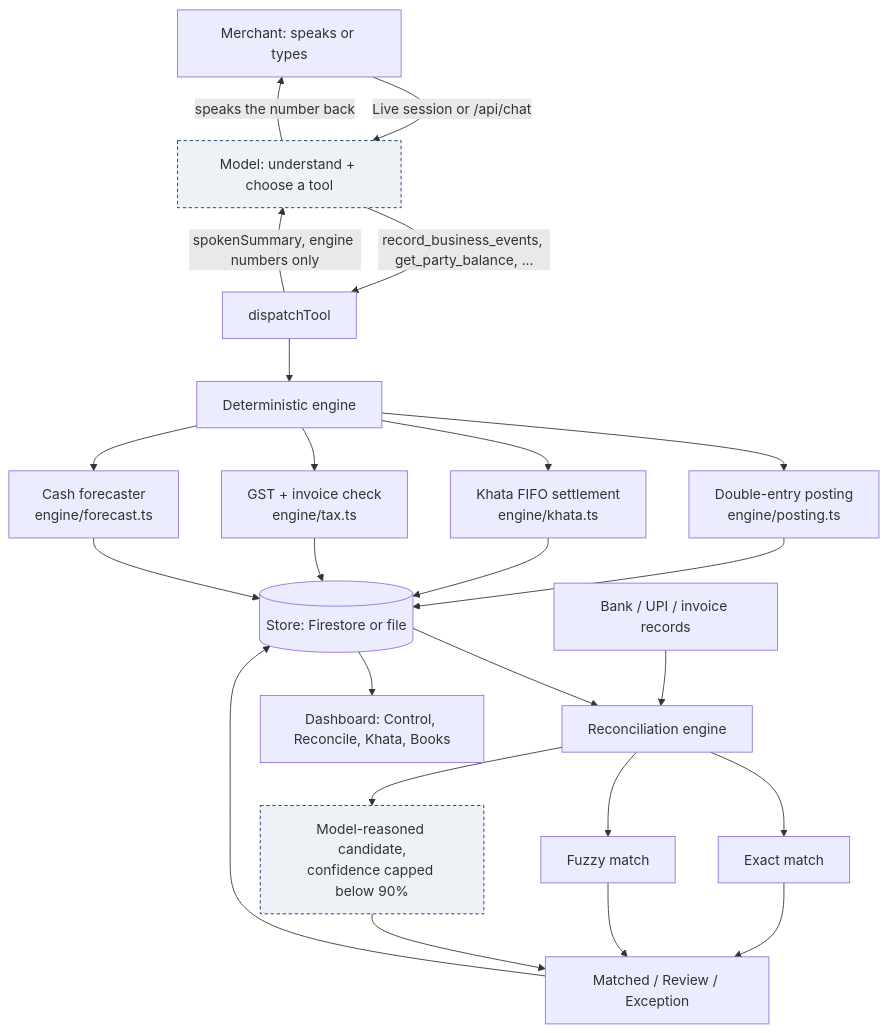
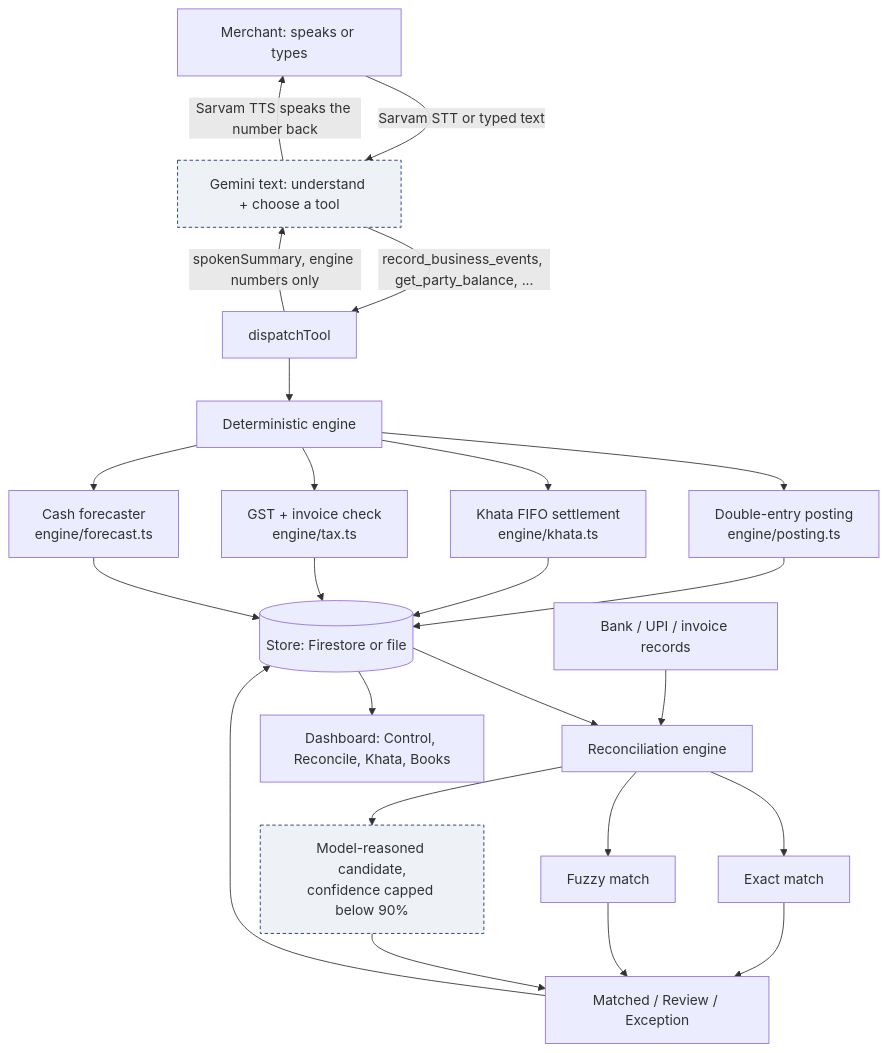
Before and after one commit to harshkawatra11/hisaab: the third of 4 diagrams in README.md, drawn with Mermaid. The commit also changed other lines of this file and 4 other files, not shown here.

````diff
--- a/README.md
+++ b/README.md
@@ -157,29 +164,29 @@
 ```mermaid
 graph TD
-    A[Merchant: speaks or types] -->|Live session or /api/chat| B[Model: understand + choose a tool]
+    A[Merchant: speaks or types] -->|Sarvam STT or typed text| B[Gemini text: understand + choose a tool]
     B -->|record_business_events, get_party_balance, ...| C[dispatchTool]
     C --> D[Deterministic engine]
     D --> E[Double-entry posting<br/>engine/posting.ts]
     D --> F[Khata FIFO settlement<br/>engine/khata.ts]
     D --> G[GST + invoice check<br/>engine/tax.ts]
     D --> H[Cash forecaster<br/>engine/forecast.ts]
     E --> I[(Store: Firestore or file)]
     F --> I
     G --> I
     H --> I
     I --> J[Reconciliation engine]
     K[Bank / UPI / invoice records] --> J
     J --> L[Exact match]
     J --> M[Fuzzy match]
     J --> N[Model-reasoned candidate,<br/>confidence capped below 90%]
     L --> O[Matched / Review / Exception]
     M --> O
     N --> O
     O --> I
     I --> P[Dashboard: Control, Reconcile, Khata, Books]
     C -->|spokenSummary, engine numbers only| B
-    B -->|speaks the number back| A
+    B -->|Sarvam TTS speaks the number back| A
 
     style B fill:#eef1f6,stroke:#14306e,stroke-dasharray: 4 3
     style N fill:#eef1f6,stroke:#14306e,stroke-dasharray: 4 3
 ```
````
